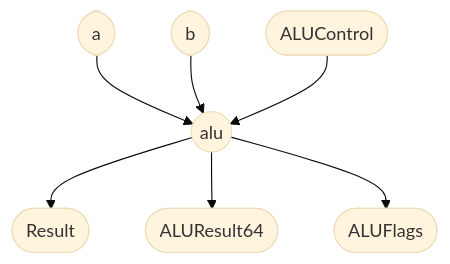
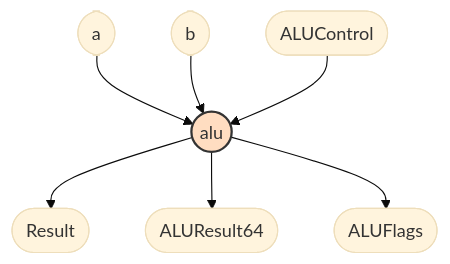
The diagram in docs/module_diagrams/alu.md (granitespinoza/arqui), drawn with Mermaid (base theme) before and after one commit. The commit also changed 18 other files, not shown here.

Commit message:
Improve module diagrams with colors

````diff
--- a/docs/module_diagrams/alu.md
+++ b/docs/module_diagrams/alu.md
@@ -3,9 +3,12 @@
 ```mermaid
 flowchart TD
+    classDef main fill:#FFDDC1,stroke:#333,stroke-width:2px
+    classDef sub fill:#BBE1FA,stroke:#333
     a([a]) --> alu_module((alu))
     b([b]) --> alu_module
     ALUControl([ALUControl]) --> alu_module
     alu_module --> Result([Result])
     alu_module --> ALUResult64([ALUResult64])
     alu_module --> ALUFlags([ALUFlags])
+    class alu_module main
 ```
````
